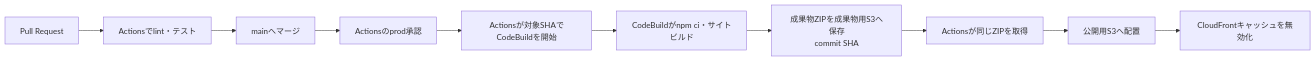
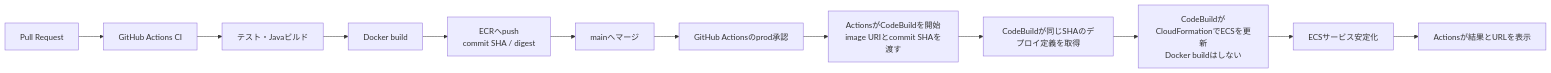
The third of 3 diagrams in doc/ecs-docker-build-comparison.md (azulazulazula/github-action-pub), drawn with Mermaid before and after one commit. The commit also changed other lines of this file, not shown here.

````diff
--- a/doc/ecs-docker-build-comparison.md
+++ b/doc/ecs-docker-build-comparison.md
@@ -87,12 +87,14 @@
 ```mermaid
 flowchart LR
-    A[Pull Request] --> B[Actionsでlint・テスト]
-    B --> C[mainへマージ]
-    C --> D[Actionsのprod承認]
-    D --> E[Actionsが対象SHAでCodeBuildを開始]
-    E --> F[CodeBuildがnpm ci・サイトビルド]
-    F --> G[成果物ZIPを成果物用S3へ保存<br/>commit SHA]
-    G --> H[Actionsが同じZIPを取得]
-    H --> I[公開用S3へ配置]
-    I --> J[CloudFrontキャッシュを無効化]
+    A[Pull Request] --> B[GitHub Actions CI]
+    B --> B1[テスト・Javaビルド]
+    B1 --> B2[Docker build]
+    B2 --> B3[ECRへpush<br/>commit SHA / digest]
+    B3 --> C[mainへマージ]
+    C --> D[GitHub Actionsのprod承認]
+    D --> E[ActionsがCodeBuildを開始<br/>image URIとcommit SHAを渡す]
+    E --> F[CodeBuildが同じSHAのデプロイ定義を取得]
+    F --> G[CodeBuildがCloudFormationでECSを更新<br/>Docker buildはしない]
+    G --> H[ECSサービス安定化]
+    H --> I[Actionsが結果とURLを表示]
 ```
````
